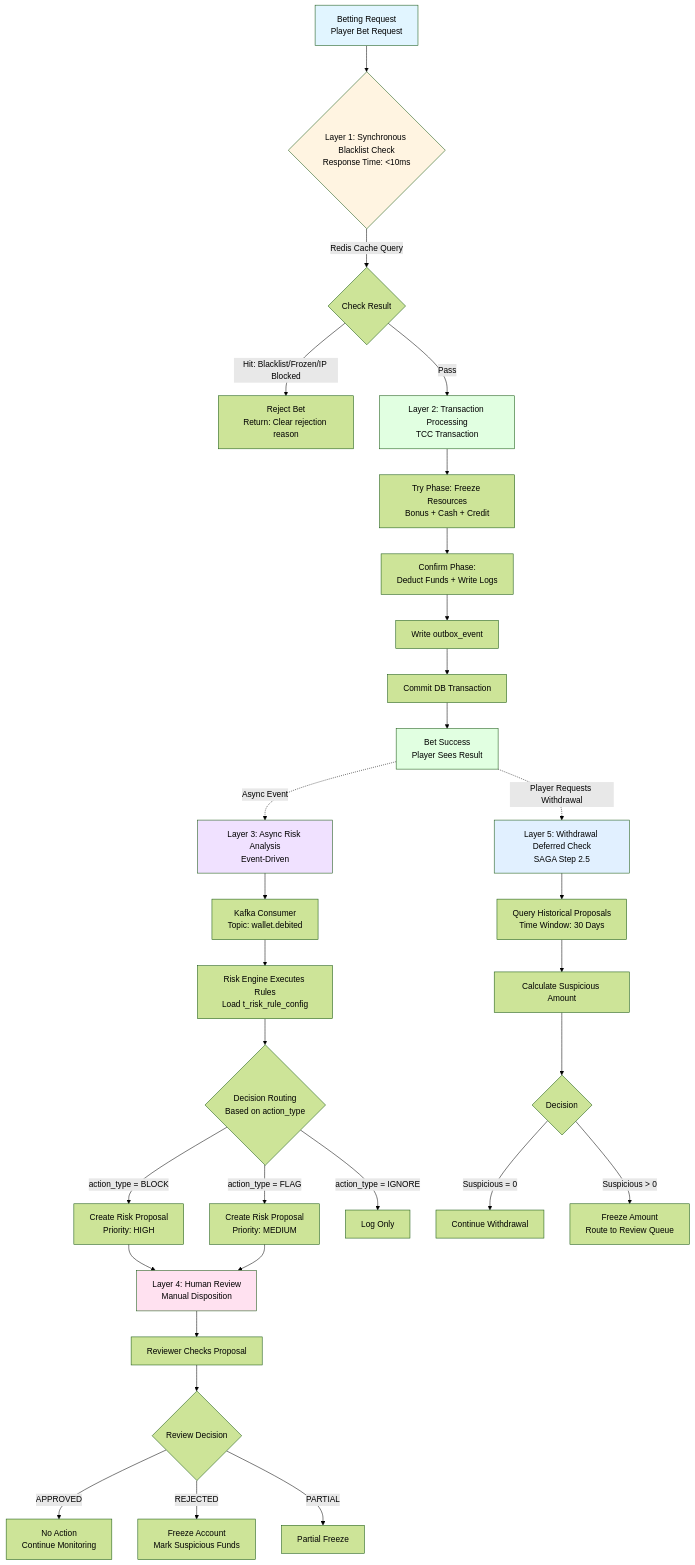
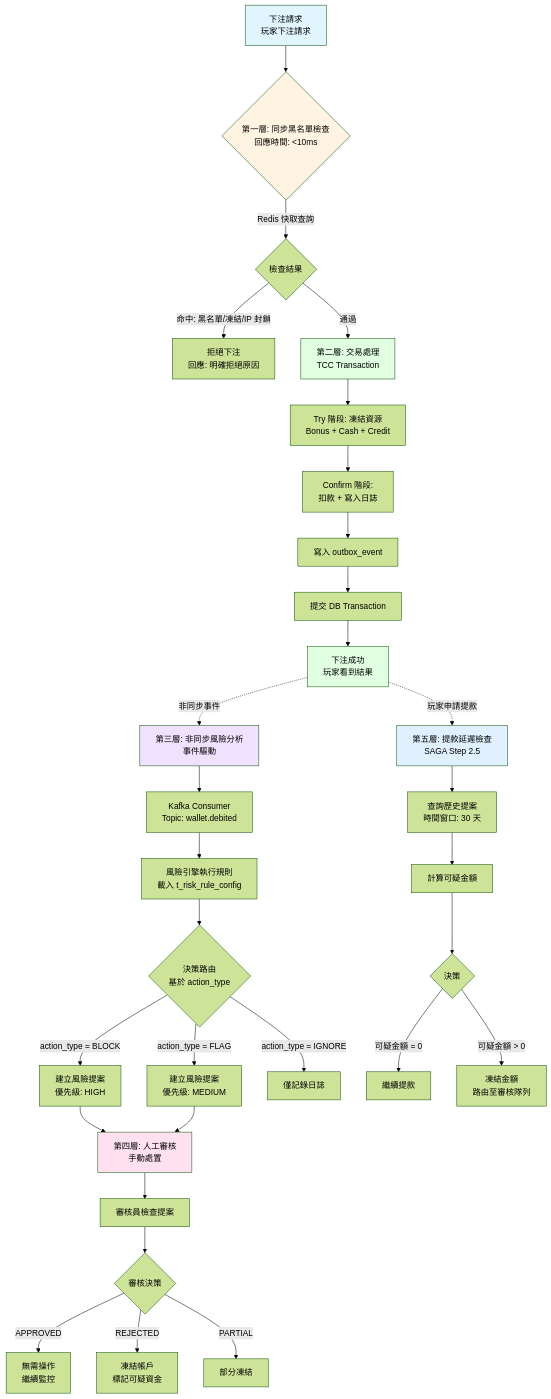
The first of 5 diagrams in docs/iGaming/architecture/05_Risk_Engine/Fraud_Detection_System.md (ron03wlb/smart-admin), drawn with Mermaid (forest theme) before and after one commit. The commit also changed other lines of this file and 4 other files, not shown here.

First line of the commit message:
docs(iGaming): translate Batch 21 — Activity Engine/Risk Engine (5 files)

````diff
--- a/docs/iGaming/architecture/05_Risk_Engine/Fraud_Detection_System.md
+++ b/docs/iGaming/architecture/05_Risk_Engine/Fraud_Detection_System.md
@@ -24,58 +24,58 @@
 ```mermaid
 graph TD
-    A[Betting Request<br/>Player Bet Request] --> B{Layer 1: Synchronous Blacklist Check<br/>Response Time: <10ms}
+    A[下注請求<br/>玩家下注請求] --> B{第一層: 同步黑名單檢查<br/>回應時間: <10ms}
 
-    B -->|Redis Cache Query| C{Check Result}
+    B -->|Redis 快取查詢| C{檢查結果}
 
-    C -->|Hit: Blacklist/Frozen/IP Blocked| D[Reject Bet<br/>Return: Clear rejection reason]
+    C -->|命中: 黑名單/凍結/IP 封鎖| D[拒絕下注<br/>回應: 明確拒絕原因]
 
-    C -->|Pass| E[Layer 2: Transaction Processing<br/>TCC Transaction]
+    C -->|通過| E[第二層: 交易處理<br/>TCC Transaction]
 
-    E --> E1[Try Phase: Freeze Resources<br/>Bonus + Cash + Credit]
-    E1 --> E2[Confirm Phase:<br/>Deduct Funds + Write Logs]
-    E2 --> E3[Write outbox_event]
-    E3 --> E4[Commit DB Transaction]
+    E --> E1[Try 階段: 凍結資源<br/>Bonus + Cash + Credit]
+    E1 --> E2[Confirm 階段:<br/>扣款 + 寫入日誌]
+    E2 --> E3[寫入 outbox_event]
+    E3 --> E4[提交 DB Transaction]
 
-    E4 --> F[Bet Success<br/>Player Sees Result]
+    E4 --> F[下注成功<br/>玩家看到結果]
 
-    F -.->|Async Event| G[Layer 3: Async Risk Analysis<br/>Event-Driven]
+    F -.->|非同步事件| G[第三層: 非同步風險分析<br/>事件驅動]
 
     G --> G1[Kafka Consumer<br/>Topic: wallet.debited]
 
-    G1 --> G2[Risk Engine Executes Rules<br/>Load t_risk_rule_config]
+    G1 --> G2[風險引擎執行規則<br/>載入 t_risk_rule_config]
 
-    G2 --> G3{Decision Routing<br/>Based on action_type}
+    G2 --> G3{決策路由<br/>基於 action_type}
 
-    G3 -->|action_type = BLOCK| G4[Create Risk Proposal<br/>Priority: HIGH]
+    G3 -->|action_type = BLOCK| G4[建立風險提案<br/>優先級: HIGH]
 
-    G3 -->|action_type = FLAG| G5[Create Risk Proposal<br/>Priority: MEDIUM]
+    G3 -->|action_type = FLAG| G5[建立風險提案<br/>優先級: MEDIUM]
 
-    G3 -->|action_type = IGNORE| G6[Log Only]
+    G3 -->|action_type = IGNORE| G6[僅記錄日誌]
 
-    G4 --> H[Layer 4: Human Review<br/>Manual Disposition]
+    G4 --> H[第四層: 人工審核<br/>手動處置]
     G5 --> H
 
-    H --> H1[Reviewer Checks Proposal]
-    H1 --> H2{Review Decision}
+    H --> H1[審核員檢查提案]
+    H1 --> H2{審核決策}
 
-    H2 -->|APPROVED| H3[No Action<br/>Continue Monitoring]
-    H2 -->|REJECTED| H4[Freeze Account<br/>Mark Suspicious Funds]
-    H2 -->|PARTIAL| H5[Partial Freeze]
+    H2 -->|APPROVED| H3[無需操作<br/>繼續監控]
+    H2 -->|REJECTED| H4[凍結帳戶<br/>標記可疑資金]
+    H2 -->|PARTIAL| H5[部分凍結]
 
-    F -.->|Player Requests Withdrawal| I[Layer 5: Withdrawal Deferred Check<br/>SAGA Step 2.5]
+    F -.->|玩家申請提款| I[第五層: 提款延遲檢查<br/>SAGA Step 2.5]
 
-    I --> I1[Query Historical Proposals<br/>Time Window: 30 Days]
-    I1 --> I2[Calculate Suspicious Amount]
-    I2 --> I3{Decision}
+    I --> I1[查詢歷史提案<br/>時間窗口: 30 天]
+    I1 --> I2[計算可疑金額]
+    I2 --> I3{決策}
 
-    I3 -->|Suspicious = 0| I4[Continue Withdrawal]
-    I3 -->|Suspicious > 0| I5[Freeze Amount<br/>Route to Review Queue]
+    I3 -->|可疑金額 = 0| I4[繼續提款]
+    I3 -->|可疑金額 > 0| I5[凍結金額<br/>路由至審核隊列]
 
     style A fill:#e1f5ff
     style B fill:#fff4e1
     style E fill:#e1ffe1
     style F fill:#e1ffe1
     style G fill:#f0e1ff
     style H fill:#ffe1f0
     style I fill:#e1f0ff
 ```
````
